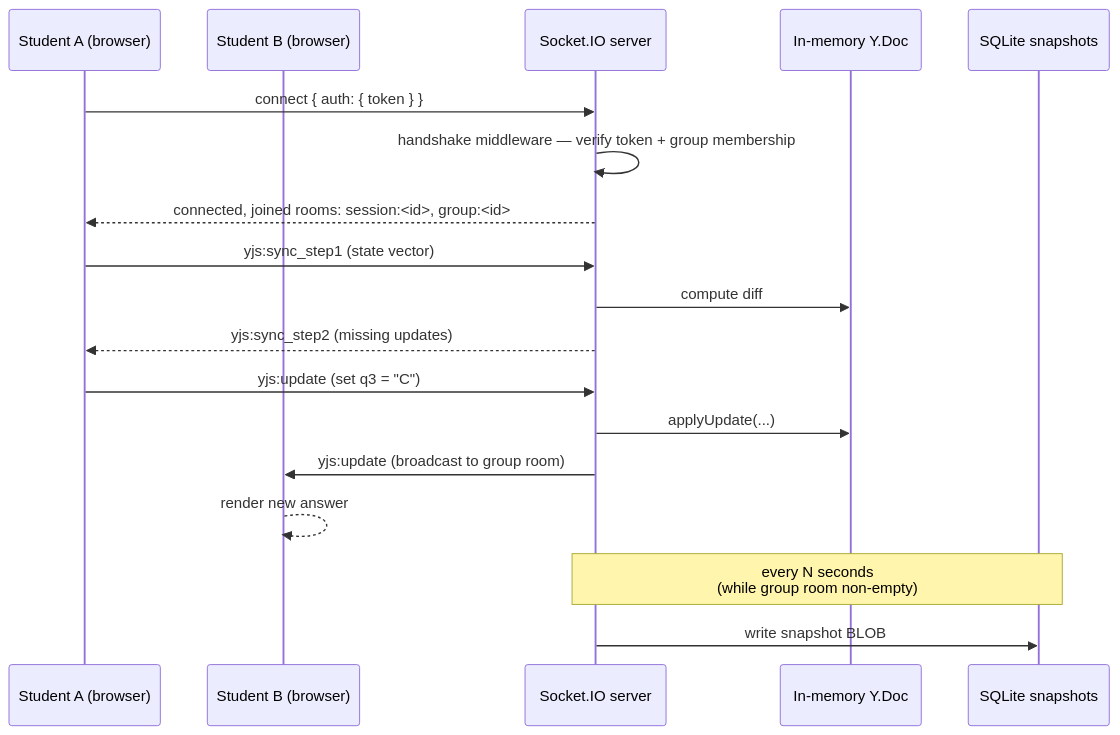
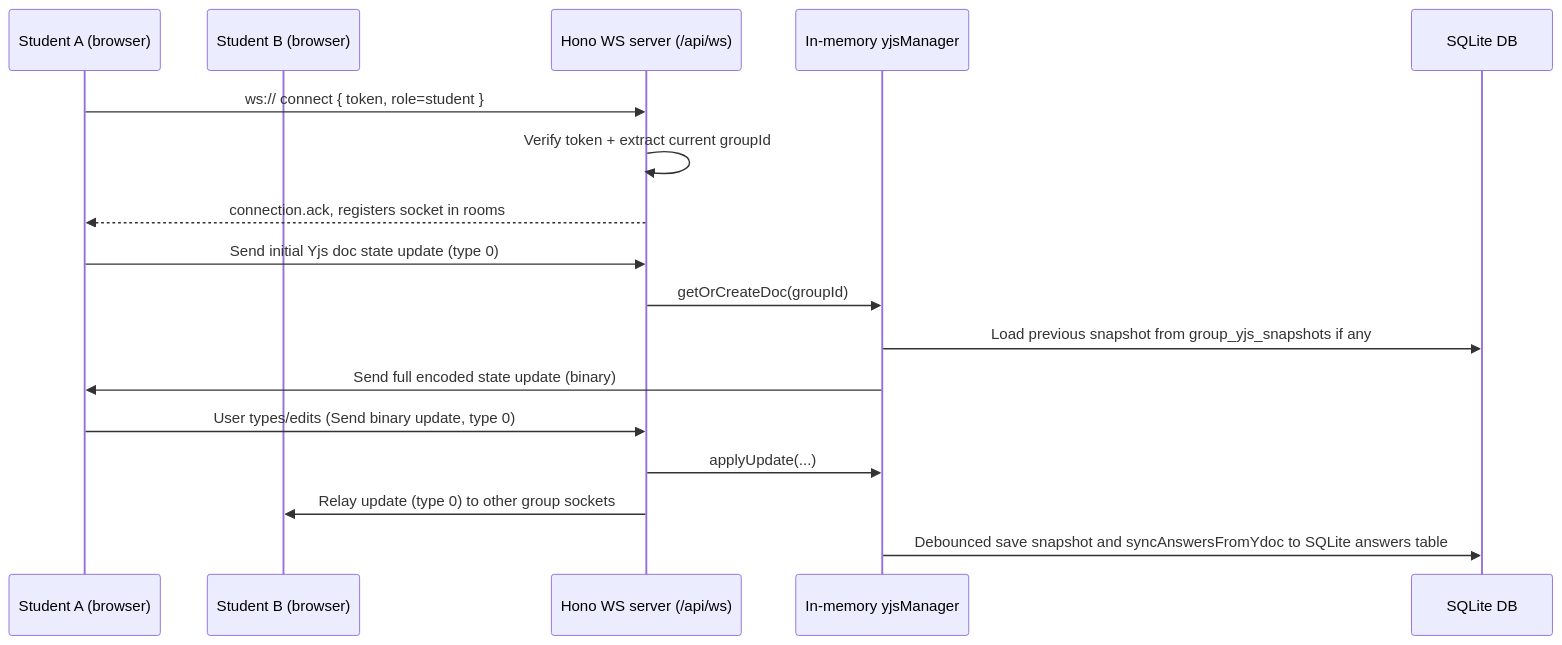
Before and after one commit to Eliezir/OfflineClass: the third of 7 diagrams in docs/architecture.md, drawn with Mermaid. The commit also changed other lines of this file and 1 other file, not shown here.

````diff
--- a/docs/architecture.md
+++ b/docs/architecture.md
@@ -414,21 +413,20 @@
 ```mermaid
 sequenceDiagram
   participant SA as Student A (browser)
   participant SB as Student B (browser)
-  participant IO as Socket.IO server
-  participant Doc as In-memory Y.Doc
-  participant SQL as SQLite snapshots
+  participant WS as Hono WS server (/api/ws)
+  participant Manager as In-memory yjsManager
+  participant SQL as SQLite DB
 
-  SA->>IO: connect { auth: { token } }
-  IO->>IO: handshake middleware — verify token + group membership
-  IO-->>SA: connected, joined rooms: session:<id>, group:<id>
-  SA->>IO: yjs:sync_step1 (state vector)
-  IO->>Doc: compute diff
-  IO-->>SA: yjs:sync_step2 (missing updates)
-  SA->>IO: yjs:update (set q3 = "C")
-  IO->>Doc: applyUpdate(...)
-  IO->>SB: yjs:update (broadcast to group room)
-  SB-->>SB: render new answer
-  Note over IO,SQL: every N seconds<br/>(while group room non-empty)
-  IO->>SQL: write snapshot BLOB
+  SA->>WS: ws:// connect { token, role=student }
+  WS->>WS: Verify token + extract current groupId
+  WS-->>SA: connection.ack, registers socket in rooms
+  SA->>WS: Send initial Yjs doc state update (type 0)
+  WS->>Manager: getOrCreateDoc(groupId)
+  Manager->>SQL: Load previous snapshot from group_yjs_snapshots if any
+  Manager->>SA: Send full encoded state update (binary)
+  SA->>WS: User types/edits (Send binary update, type 0)
+  WS->>Manager: applyUpdate(...)
+  WS->>SB: Relay update (type 0) to other group sockets
+  Manager->>SQL: Debounced save snapshot and syncAnswersFromYdoc to SQLite answers table
 ```
````
